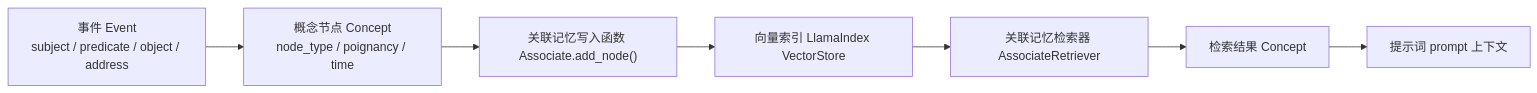
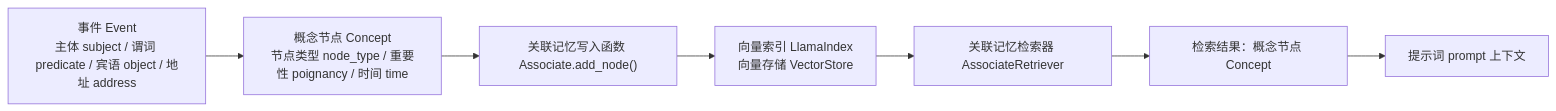
Before and after one commit to tbkken/GenerativeAgentsCN: the first of 14 diagrams in docs/book/manuscript/part_03/chapter_18.md, drawn with Mermaid. The commit also changed other lines of this file and 47 other files, not shown here.

````diff
--- a/docs/book/manuscript/part_03/chapter_18.md
+++ b/docs/book/manuscript/part_03/chapter_18.md
@@ -32,9 +92,9 @@
 ```mermaid
 flowchart LR
-    E["事件 Event<br/>subject / predicate / object / address"] --> C["概念节点 Concept<br/>node_type / poignancy / time"]
+    E["事件 Event<br/>主体 subject / 谓词 predicate / 宾语 object / 地址 address"] --> C["概念节点 Concept<br/>节点类型 node_type / 重要性 poignancy / 时间 time"]
     C --> A["关联记忆写入函数 Associate.add_node()"]
-    A --> I["向量索引 LlamaIndex VectorStore"]
+    A --> I["向量索引 LlamaIndex<br/>向量存储 VectorStore"]
     I --> R["关联记忆检索器 AssociateRetriever"]
-    R --> X["检索结果 Concept"]
+    R --> X["检索结果：概念节点 Concept"]
     X --> P["提示词 prompt 上下文"]
 ```
````
